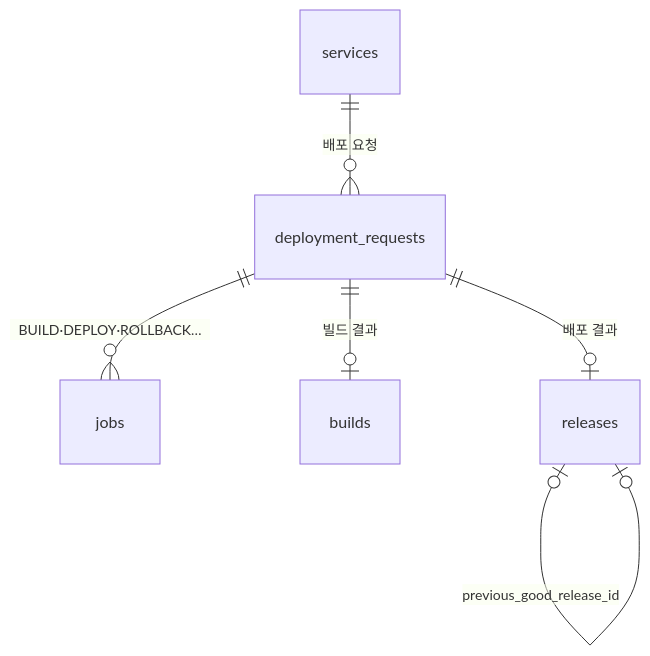
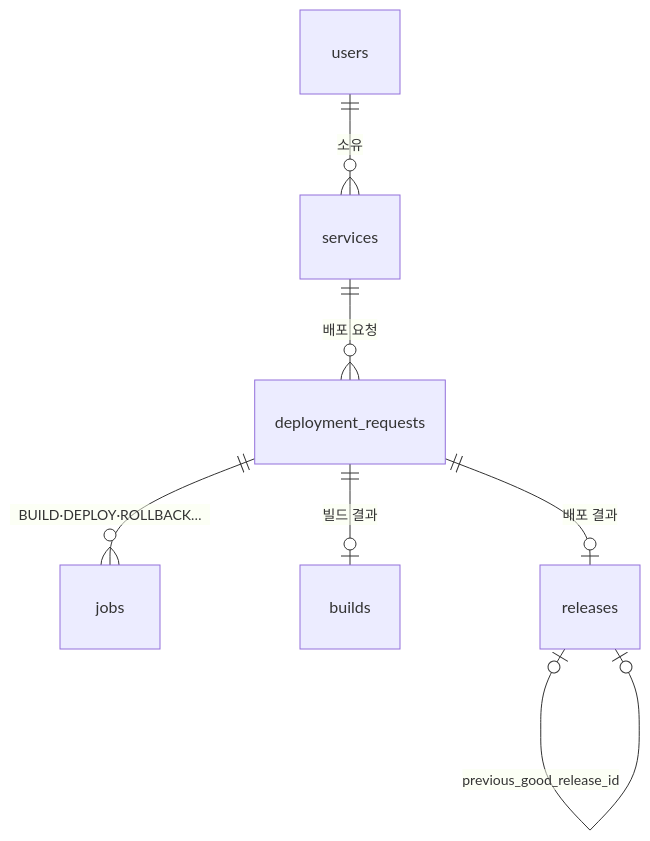
One commit to 2026-softbank-1/iris-was changed the diagram in .claude/rules/term-dictionary.md. Above: the diagram before and after it, drawn with Mermaid. The commit also changed other lines of this file and 29 other files, not shown here.

````diff
--- a/.claude/rules/term-dictionary.md
+++ b/.claude/rules/term-dictionary.md
@@ -44,8 +44,9 @@
 ```mermaid
 erDiagram
+  users ||--o{ services : "소유"
   services ||--o{ deployment_requests : "배포 요청"
   deployment_requests ||--o{ jobs : "BUILD·DEPLOY·ROLLBACK…"
   deployment_requests ||--o| builds : "빌드 결과"
   deployment_requests ||--o| releases : "배포 결과"
   releases |o--o| releases : "previous_good_release_id"
 ```
````
